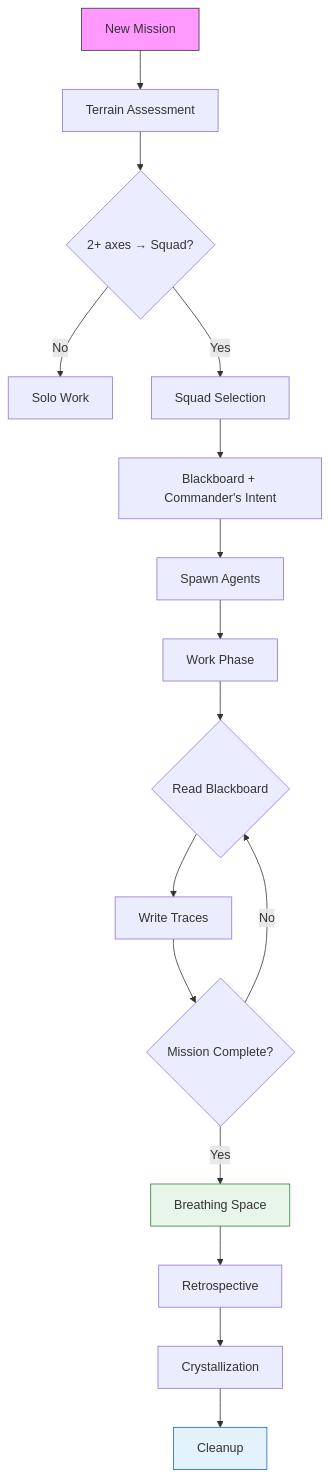
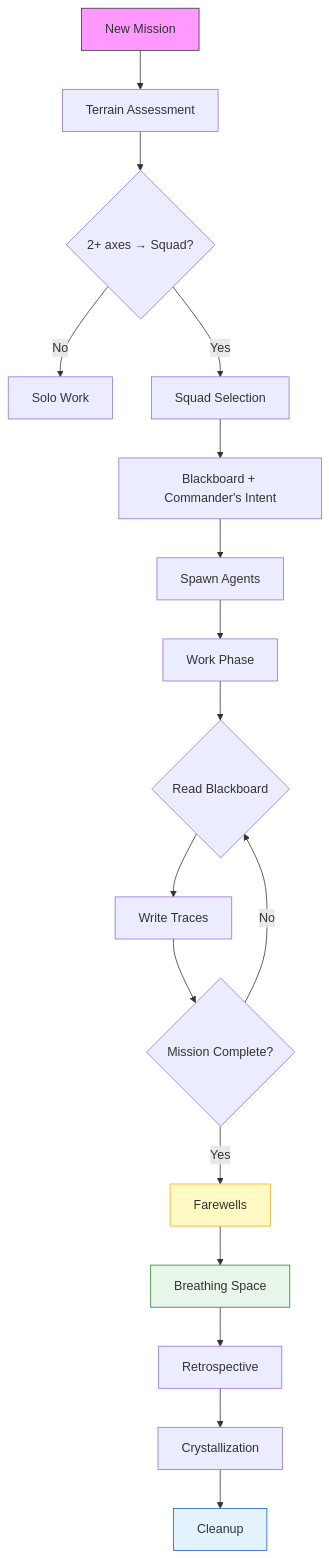
The first of 3 diagrams in README.md (hanuele/hive), drawn with Mermaid before and after one commit. The commit also changed other lines of this file and 7 other files, not shown here.

````diff
--- a/README.md
+++ b/README.md
@@ -278,22 +280,24 @@
 ```mermaid
 flowchart TD
     A[New Mission] --> B[Terrain Assessment]
     B --> C{2+ axes → Squad?}
     C -->|No| D[Solo Work]
     C -->|Yes| E[Squad Selection]
     E --> F[Blackboard + Commander's Intent]
     F --> G[Spawn Agents]
     G --> H[Work Phase]
     H --> I{Read Blackboard}
     I --> J[Write Traces]
     J --> K{Mission Complete?}
     K -->|No| I
-    K -->|Yes| L[Breathing Space]
-    L --> M[Retrospective]
-    M --> N[Crystallization]
-    N --> O[Cleanup]
+    K -->|Yes| L[Farewells]
+    L --> M[Breathing Space]
+    M --> N[Retrospective]
+    N --> O[Crystallization]
+    O --> P[Cleanup]
 
     style A fill:#f9f,stroke:#333
-    style L fill:#e8f5e9,stroke:#2e7d32
-    style O fill:#e3f2fd,stroke:#1565c0
+    style L fill:#fff9c4,stroke:#f9a825
+    style M fill:#e8f5e9,stroke:#2e7d32
+    style P fill:#e3f2fd,stroke:#1565c0
 ```
````
